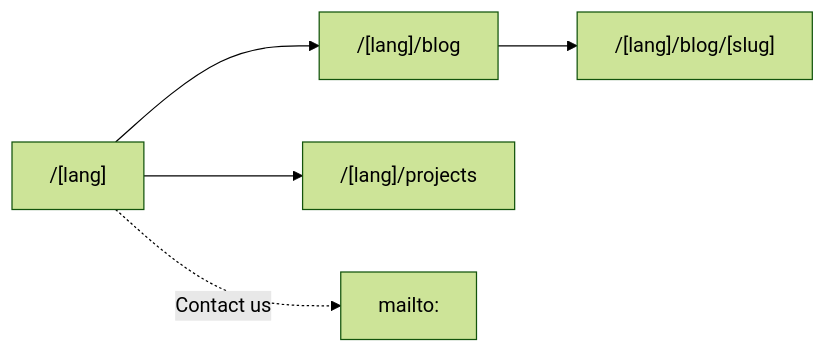
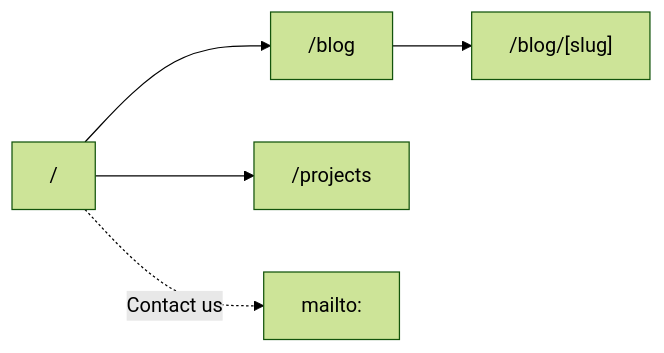
Before and after one commit to Astroz-Tech/landing-page: the diagram in DESIGN.md, drawn with Mermaid (forest theme). The commit also changed other lines of this file and 3 other files, not shown here.

````diff
--- a/DESIGN.md
+++ b/DESIGN.md
@@ -105,7 +110,7 @@
 ```mermaid
 flowchart LR
-  Home["/[lang]"] --> Blog["/[lang]/blog"]
-  Blog --> Post["/[lang]/blog/[slug]"]
-  Home --> Projects["/[lang]/projects"]
+  Home["/"] --> Blog["/blog"]
+  Blog --> Post["/blog/[slug]"]
+  Home --> Projects["/projects"]
   Home -. "Contact us" .-> Mail["mailto:"]
 ```
````
